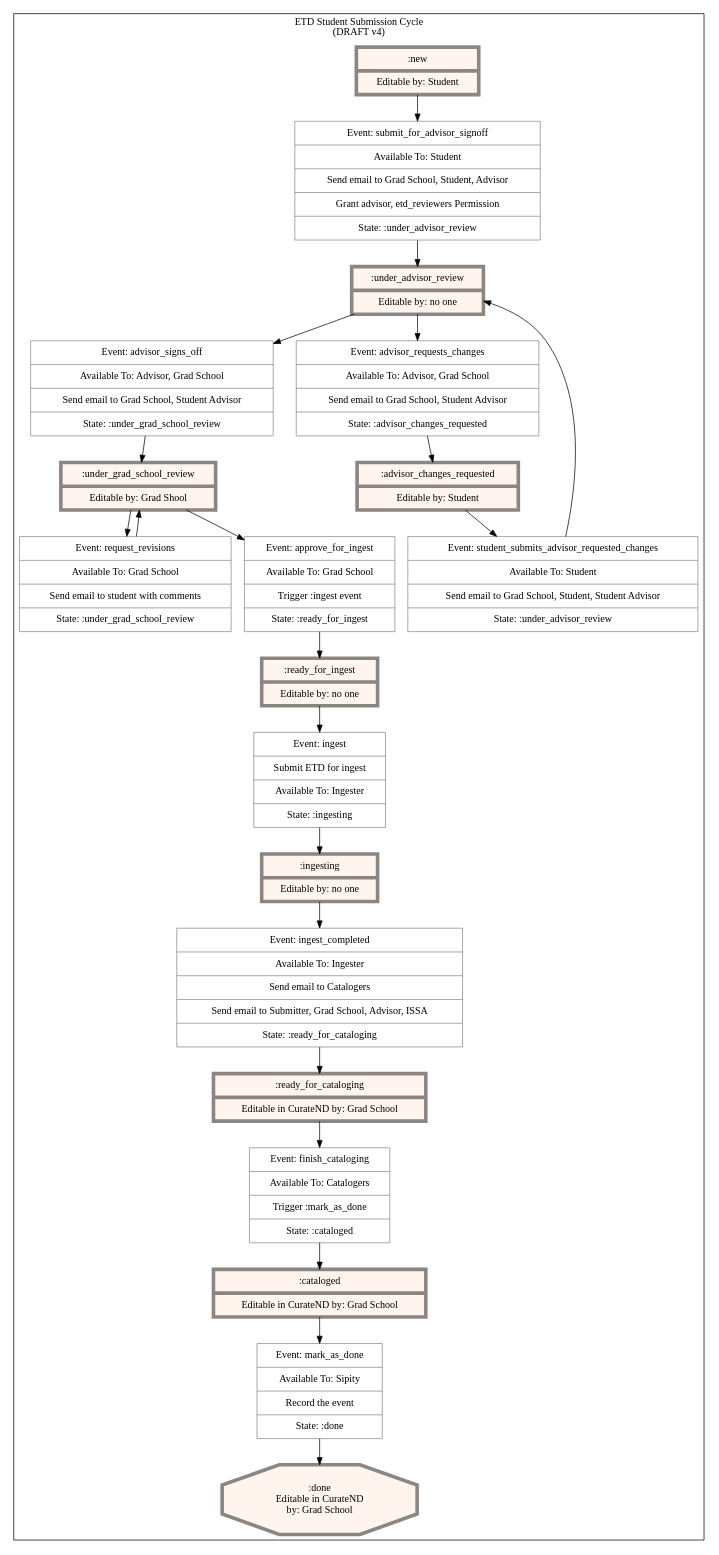
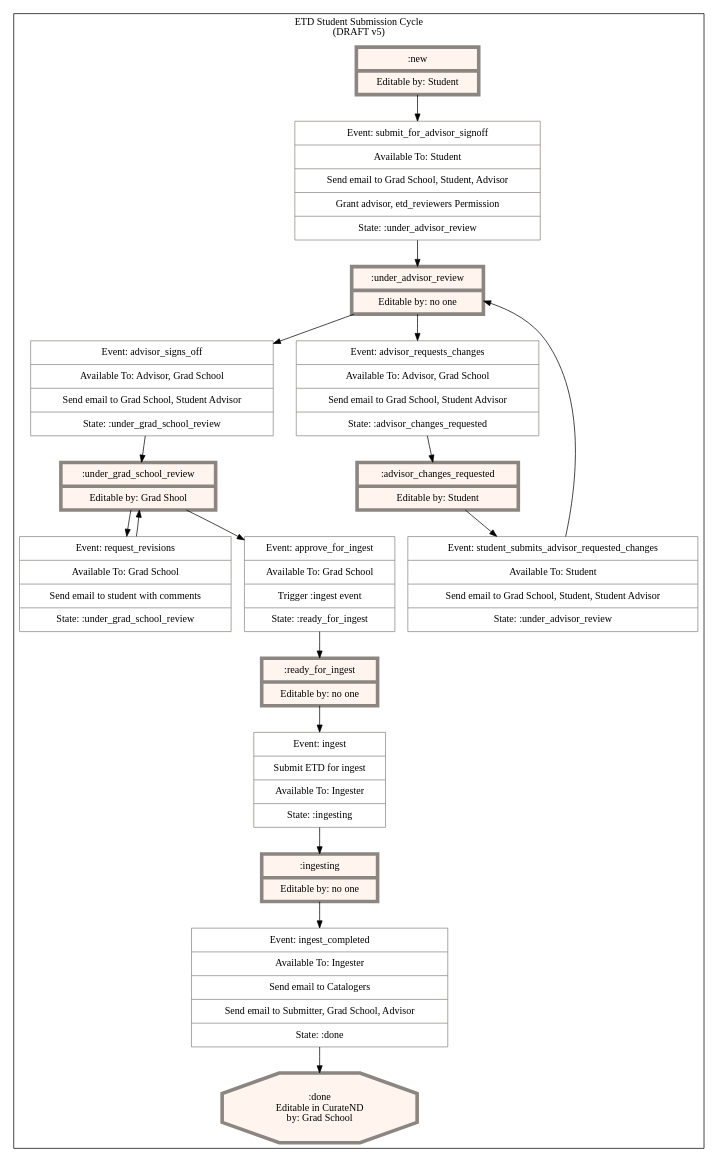
The diagram in artifacts/etd-submission-state-machine.dot (scholarworks/sipity), drawn with Graphviz before and after one commit.

Commit message:
Adjusting ETD Workflow state diagram
Reflecting changes regarding cataloging; Namely we don't need to worry
about the cataloging state as much of it will be handled outside of
Sipity.

[skip ci]

```diff
--- a/artifacts/etd-submission-state-machine.dot
+++ b/artifacts/etd-submission-state-machine.dot
@@ -1,52 +1,46 @@
 digraph "G" {
     compound=true;
     node[color="grey15" margin="0.15, 0.125"];
 
     subgraph cluster_0 {
-        label="ETD Student Submission Cycle\n(DRAFT v4)"
+        label="ETD Student Submission Cycle\n(DRAFT v5)"
         node[style=filled fillcolor=white color="seashell4"]
 
         # States
         subgraph 0 {
             label="States";
             node[shape="record" fillcolor="seashell1" penwidth=5]
             new [label="{ :new | Editable by: Student }"]
             under_advisor_review [label="{ :under_advisor_review | Editable by: no one }"]
             advisor_changes_requested [label="{ :advisor_changes_requested | Editable by: Student }"]
             under_grad_school_review[label="{ :under_grad_school_review | Editable by: Grad Shool }"]
             ready_for_ingest[label="{ :ready_for_ingest | Editable by: no one }"]
             ingesting[label="{ :ingesting | Editable by: no one }"]
-            ready_for_cataloging[label="{ :ready_for_cataloging | Editable in CurateND by: Grad School }"]
-            cataloged[label="{ :cataloged | Editable in CurateND by: Grad School }"]
             done[shape="octagon" label=":done\nEditable in CurateND\nby: Grad School"]
         }
 
         subgraph 1 {
             label="Events"
             node[shape="record" shape=record penwidth=1]
             submit_for_advisor_signoff[label="{ Event: submit_for_advisor_signoff | Available To: Student | Send email to Grad School, Student, Advisor | Grant advisor, etd_reviewers Permission | State: :under_advisor_review }"]
             advisor_signs_off[label="{ Event: advisor_signs_off | Available To: Advisor, Grad School |Send email to Grad School, Student Advisor | State: :under_grad_school_review }"]
             advisor_requests_changes[label="{ Event: advisor_requests_changes | Available To: Advisor, Grad School | Send email to Grad School, Student Advisor | State: :advisor_changes_requested }"]
             student_submits_advisor_requested_changes[label="{ Event: student_submits_advisor_requested_changes | Available To: Student | Send email to Grad School, Student, Student Advisor | State: :under_advisor_review }"]
             request_revisions[label="{ Event: request_revisions | Available To: Grad School | Send email to student with comments | State: :under_grad_school_review }"]
             approve_for_ingest[label="{ Event: approve_for_ingest | Available To: Grad School | Trigger :ingest event | State: :ready_for_ingest }"]
             ingest[label="{ Event: ingest | Submit ETD for ingest | Available To: Ingester | State: :ingesting }"]
-            ingest_completed[label="{ Event: ingest_completed | Available To: Ingester | Send email to Catalogers | Send email to Submitter, Grad School, Advisor, ISSA | State: :ready_for_cataloging }"]
-            finish_cataloging[label="{ Event: finish_cataloging | Available To: Catalogers | Trigger :mark_as_done | State: :cataloged }"]
-            mark_as_done[label="{ Event: mark_as_done | Available To: Sipity | Record the event | State: :done }"]
+            ingest_completed[label="{ Event: ingest_completed | Available To: Ingester | Send email to Catalogers | Send email to Submitter, Grad School, Advisor | State: :done }"]
         }
 
         # State -> Event -> State graph
         new -> submit_for_advisor_signoff -> under_advisor_review
         under_advisor_review -> advisor_signs_off -> under_grad_school_review
         under_advisor_review -> advisor_requests_changes -> advisor_changes_requested
         advisor_changes_requested -> student_submits_advisor_requested_changes -> under_advisor_review
         under_grad_school_review -> request_revisions -> under_grad_school_review
         under_grad_school_review -> approve_for_ingest -> ready_for_ingest
         ready_for_ingest -> ingest -> ingesting
-        ingesting -> ingest_completed -> ready_for_cataloging
-        ready_for_cataloging -> finish_cataloging -> cataloged
-        cataloged -> mark_as_done -> done
+        ingesting -> ingest_completed -> done
     }
 
 }
```
